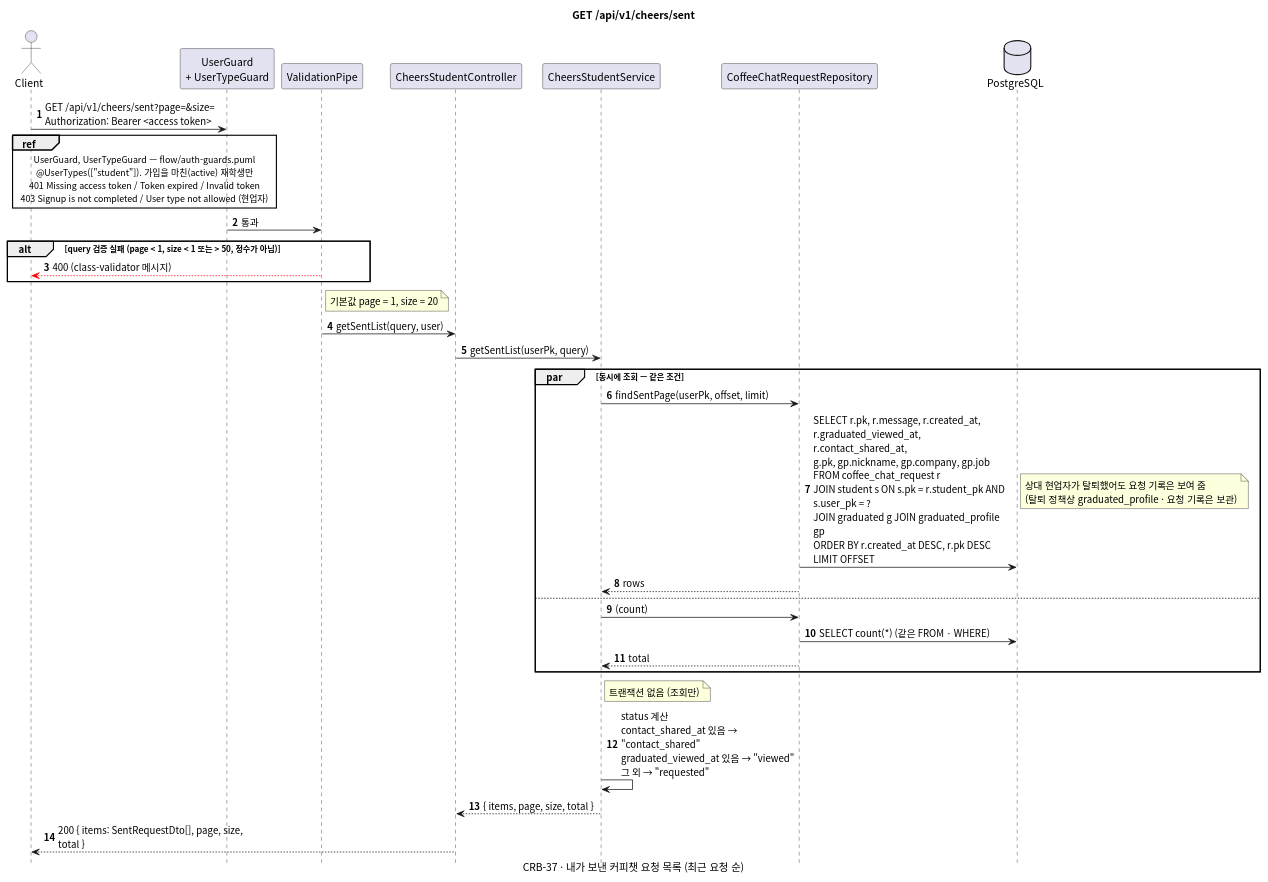
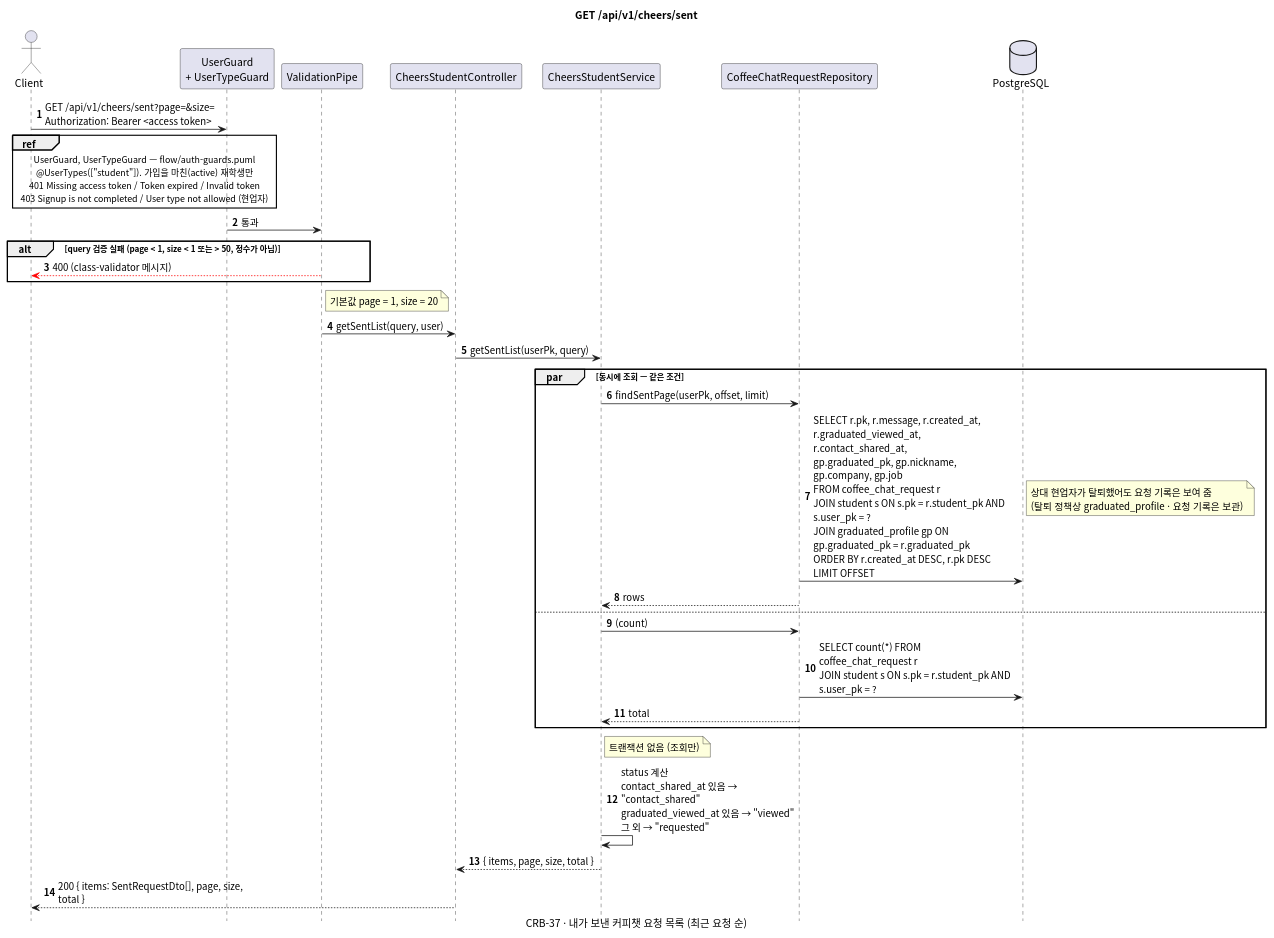
Before and after one commit to gsainfoteam/cheers-be: the diagram in docs/sequence/cheers/get-cheers-sent.puml, drawn with PlantUML. The commit also changed 1 other file, not shown here.

Commit message:
- docs: align cheers sequence diagrams with implementation

```diff
--- a/docs/sequence/cheers/get-cheers-sent.puml
+++ b/docs/sequence/cheers/get-cheers-sent.puml
@@ -1,56 +1,56 @@
 @startuml get-cheers-sent
 skinparam defaultFontName "Apple SD Gothic Neo", "Noto Sans CJK KR", sans-serif
 skinparam responseMessageBelowArrow true
 skinparam sequenceMessageAlign left
 skinparam maxMessageSize 260
 skinparam BoxPadding 8
 skinparam shadowing false
 autonumber
 hide footbox
 
 title GET /api/v1/cheers/sent
 caption CRB-37 · 내가 보낸 커피챗 요청 목록 (최근 요청 순)
 
 actor Client
 participant "UserGuard\n+ UserTypeGuard" as Guard
 participant "ValidationPipe" as Pipe
 participant "CheersStudentController" as Controller
 participant "CheersStudentService" as Service
 participant "CoffeeChatRequestRepository" as CoffeeChatRequestRepository
 database PostgreSQL
 
 Client -> Guard: GET /api/v1/cheers/sent?page=&size=\nAuthorization: Bearer <access token>
 ref over Client, Guard
   UserGuard, UserTypeGuard — flow/auth-guards.puml
   @UserTypes(["student"]). 가입을 마친(active) 재학생만
   401 Missing access token / Token expired / Invalid token
   403 Signup is not completed / User type not allowed (현업자)
 end ref
 Guard -> Pipe: 통과
 alt query 검증 실패 (page < 1, size < 1 또는 > 50, 정수가 아님)
   Pipe -[#red]-> Client: 400 (class-validator 메시지)
 end
 note right of Pipe: 기본값 page = 1, size = 20
 Pipe -> Controller: getSentList(query, user)
 Controller -> Service: getSentList(userPk, query)
 
 par 동시에 조회 — 같은 조건
   Service -> CoffeeChatRequestRepository: findSentPage(userPk, offset, limit)
-  CoffeeChatRequestRepository -> PostgreSQL: SELECT r.pk, r.message, r.created_at,\nr.graduated_viewed_at, r.contact_shared_at,\ng.pk, gp.nickname, gp.company, gp.job\nFROM coffee_chat_request r\nJOIN student s ON s.pk = r.student_pk AND s.user_pk = ?\nJOIN graduated g JOIN graduated_profile gp\nORDER BY r.created_at DESC, r.pk DESC LIMIT OFFSET
+  CoffeeChatRequestRepository -> PostgreSQL: SELECT r.pk, r.message, r.created_at,\nr.graduated_viewed_at, r.contact_shared_at,\ngp.graduated_pk, gp.nickname, gp.company, gp.job\nFROM coffee_chat_request r\nJOIN student s ON s.pk = r.student_pk AND s.user_pk = ?\nJOIN graduated_profile gp ON gp.graduated_pk = r.graduated_pk\nORDER BY r.created_at DESC, r.pk DESC LIMIT OFFSET
   note right
     상대 현업자가 탈퇴했어도 요청 기록은 보여 줌
     (탈퇴 정책상 graduated_profile · 요청 기록은 보관)
   end note
   CoffeeChatRequestRepository --> Service: rows
 else
   Service -> CoffeeChatRequestRepository: (count)
-  CoffeeChatRequestRepository -> PostgreSQL: SELECT count(*) (같은 FROM · WHERE)
+  CoffeeChatRequestRepository -> PostgreSQL: SELECT count(*) FROM coffee_chat_request r\nJOIN student s ON s.pk = r.student_pk AND s.user_pk = ?
   CoffeeChatRequestRepository --> Service: total
 end
 note right of Service: 트랜잭션 없음 (조회만)
 
 Service -> Service: status 계산\ncontact_shared_at 있음 → "contact_shared"\ngraduated_viewed_at 있음 → "viewed"\n그 외 → "requested"
 Service --> Controller: { items, page, size, total }
 Controller --> Client: 200 { items: SentRequestDto[], page, size, total }
 
 @enduml
```
